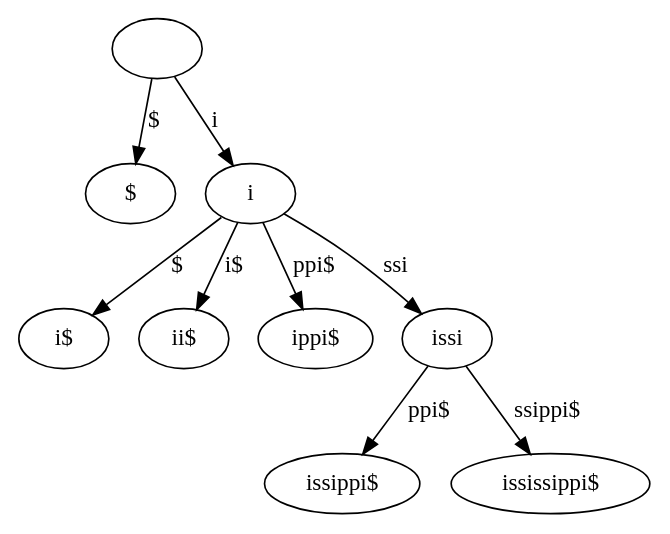
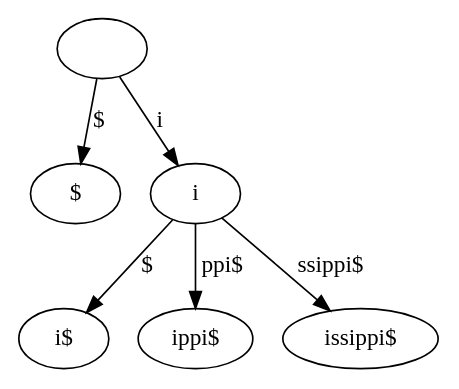
Before and after one commit to cmkobel/GSA: the diagram in 3_lcp_suffix_tree/test-output/iter/3.gv, drawn with Graphviz. The commit also changed 24 other files, not shown here.

```diff
--- a/3_lcp_suffix_tree/test-output/iter/3.gv
+++ b/3_lcp_suffix_tree/test-output/iter/3.gv
@@ -1,20 +1,14 @@
 // Suffix tree
 digraph {
 	"|" [label=""]
 	"$|$" [label="$"]
 	"|" -> "$|$" [label="$"]
 	"i|i" [label=i]
 	"$|i$" [label="i$"]
 	"i|i" -> "$|i$" [label="$"]
-	"i$|ii$" [label="ii$"]
-	"i|i" -> "i$|ii$" [label="i$"]
 	"ppi$|ippi$" [label="ippi$"]
 	"i|i" -> "ppi$|ippi$" [label="ppi$"]
-	"ssi|issi" [label=issi]
-	"ppi$|issippi$" [label="issippi$"]
-	"ssi|issi" -> "ppi$|issippi$" [label="ppi$"]
-	"ssippi$|ississippi$" [label="ississippi$"]
-	"ssi|issi" -> "ssippi$|ississippi$" [label="ssippi$"]
-	"i|i" -> "ssi|issi" [label=ssi]
+	"ssippi$|issippi$" [label="issippi$"]
+	"i|i" -> "ssippi$|issippi$" [label="ssippi$"]
 	"|" -> "i|i" [label=i]
 }
```
